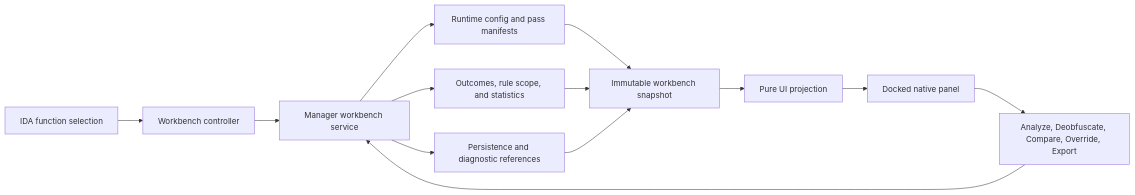
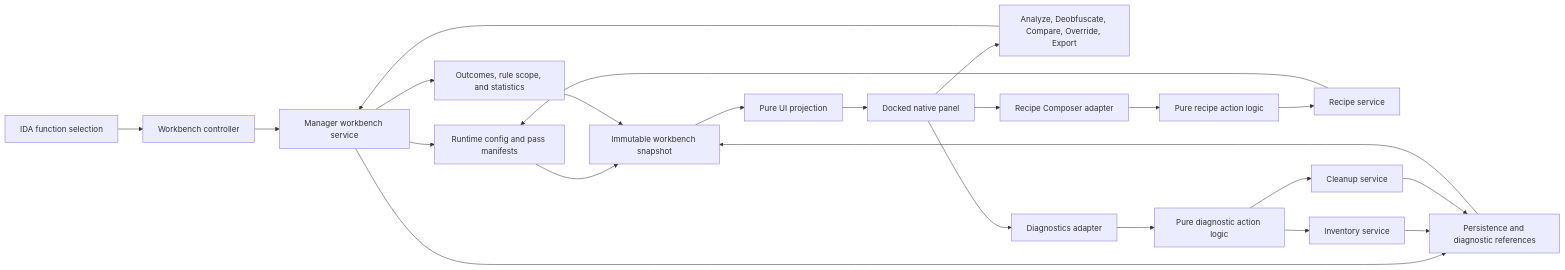
One commit to w00tzenheimer/d810-ng changed the diagram in docs/superpowers/specs/2026-07-15-deobfuscation-workbench-ui-design.md. Above: the diagram before and after it, drawn with Mermaid. The commit also changed other lines of this file and 1 other file, not shown here.

````diff
--- a/docs/superpowers/specs/2026-07-15-deobfuscation-workbench-ui-design.md
+++ b/docs/superpowers/specs/2026-07-15-deobfuscation-workbench-ui-design.md
@@ -473,15 +657,25 @@
 ```mermaid
 flowchart LR
     Selection["IDA function selection"] --> Controller["Workbench controller"]
     Controller --> Service["Manager workbench service"]
     Service --> Runtime["Runtime config and pass manifests"]
     Service --> Outcomes["Outcomes, rule scope, and statistics"]
     Service --> Evidence["Persistence and diagnostic references"]
     Runtime --> Snapshot["Immutable workbench snapshot"]
     Outcomes --> Snapshot
     Evidence --> Snapshot
     Snapshot --> Projection["Pure UI projection"]
     Projection --> Panel["Docked native panel"]
     Panel --> Commands["Analyze, Deobfuscate, Compare, Override, Export"]
     Commands --> Service
+    Panel --> RecipeUI["Recipe Composer adapter"]
+    RecipeUI --> RecipeLogic["Pure recipe action logic"]
+    RecipeLogic --> RecipeService["Recipe service"]
+    RecipeService --> Runtime
+    Panel --> DiagUI["Diagnostics adapter"]
+    DiagUI --> DiagLogic["Pure diagnostic action logic"]
+    DiagLogic --> Inventory["Inventory service"]
+    DiagLogic --> Cleanup["Cleanup service"]
+    Inventory --> Evidence
+    Cleanup --> Evidence
 ```
````
